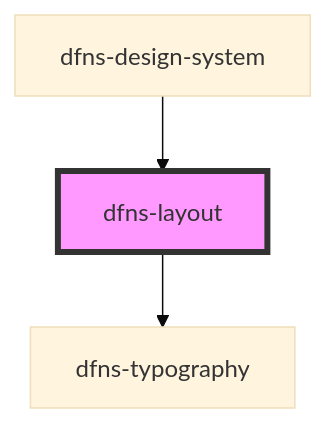
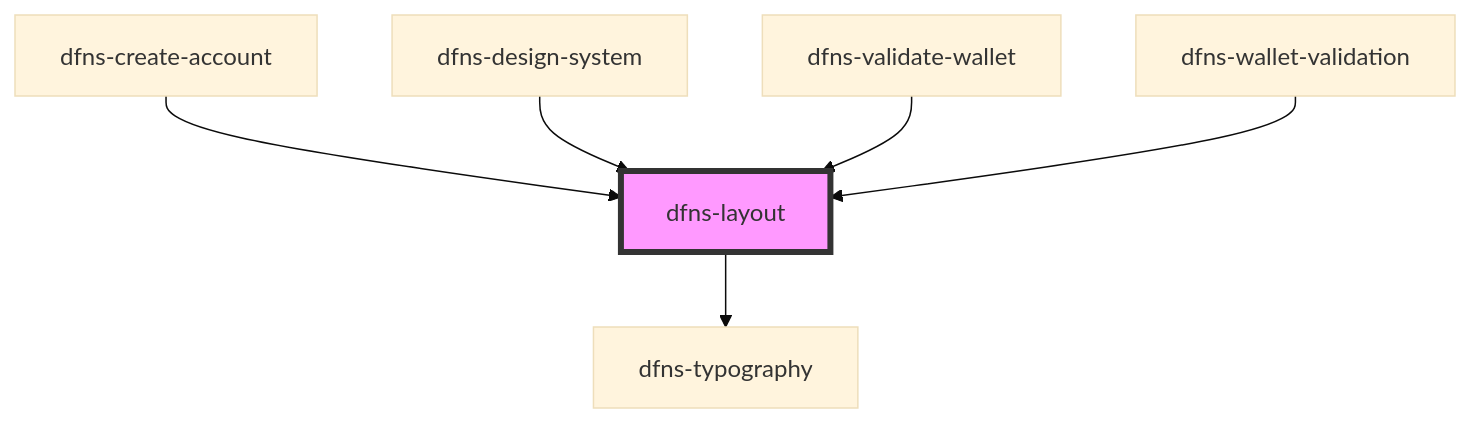
One commit to dfnsext/web-ui changed the diagram in src/components/dfns-layout/readme.md. Above: the diagram before and after it, drawn with Mermaid (base theme). The commit also changed other lines of this file and 23 other files, not shown here.

````diff
--- a/src/components/dfns-layout/readme.md
+++ b/src/components/dfns-layout/readme.md
@@ -30,6 +33,9 @@
 ```mermaid
 graph TD;
   dfns-layout --> dfns-typography
+  dfns-create-account --> dfns-layout
   dfns-design-system --> dfns-layout
+  dfns-validate-wallet --> dfns-layout
+  dfns-wallet-validation --> dfns-layout
   style dfns-layout fill:#f9f,stroke:#333,stroke-width:4px
 ```
````
